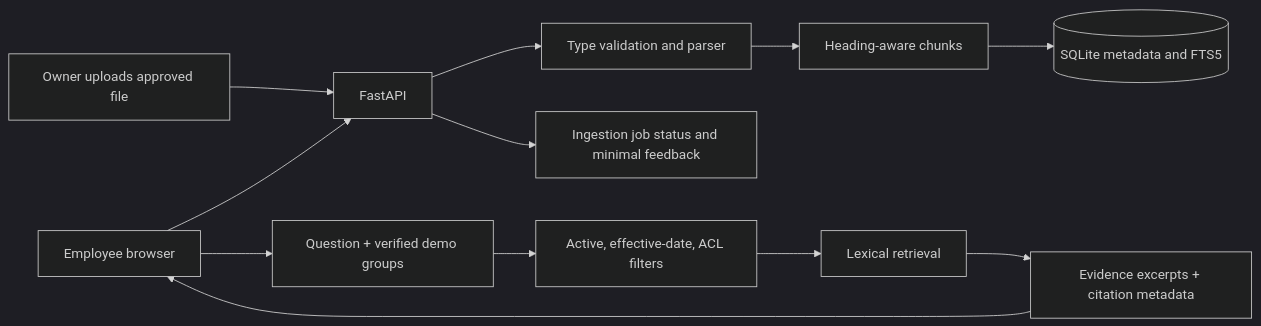
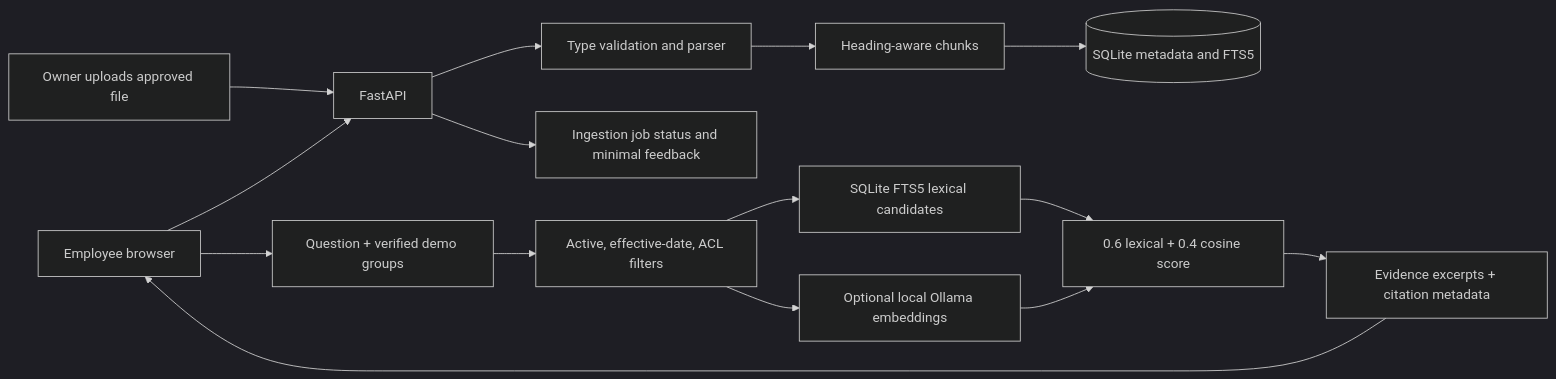
Before and after one commit to preempareva/Alpha: the diagram in tools/enterprise-knowledge-assistant/docs/architecture.md, drawn with Mermaid (dark theme). The commit also changed other lines of this file and 44 other files, not shown here.

````diff
--- a/tools/enterprise-knowledge-assistant/docs/architecture.md
+++ b/tools/enterprise-knowledge-assistant/docs/architecture.md
@@ -3,14 +3,17 @@
 ```mermaid
 flowchart LR
   U[Employee browser] --> API[FastAPI]
   A[Owner uploads approved file] --> API
   API --> P[Type validation and parser]
   P --> C[Heading-aware chunks]
   C --> DB[(SQLite metadata and FTS5)]
   U --> Q[Question + verified demo groups]
   Q --> ACL[Active, effective-date, ACL filters]
-  ACL --> FTS[Lexical retrieval]
-  FTS --> R[Evidence excerpts + citation metadata]
+  ACL --> FTS[SQLite FTS5 lexical candidates]
+  ACL --> EMB[Optional local Ollama embeddings]
+  FTS --> FUSION[0.6 lexical + 0.4 cosine score]
+  EMB --> FUSION
+  FUSION --> R[Evidence excerpts + citation metadata]
   R --> U
   API --> J[Ingestion job status and minimal feedback]
 ```
````
